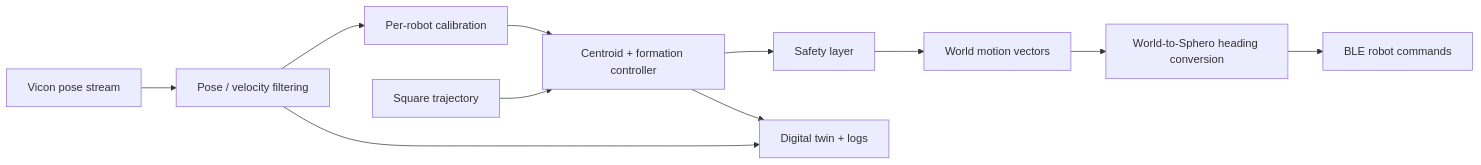
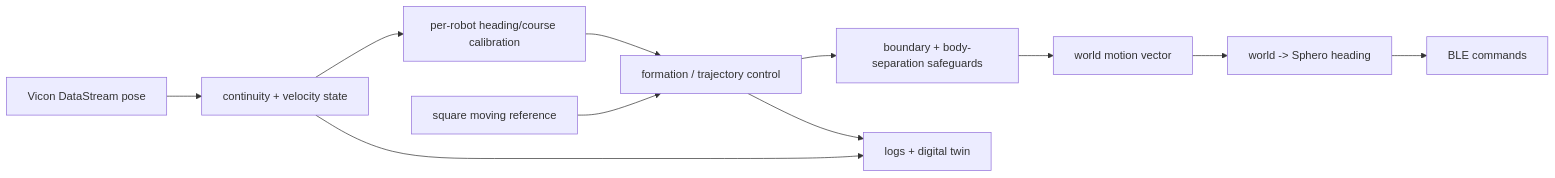
One commit to RV-crtl/sphero-vicon-swarm changed the second of 2 diagrams in README.md. Above: the diagram before and after it, drawn with Mermaid. The commit also changed other lines of this file, not shown here.

````diff
--- a/README.md
+++ b/README.md
@@ -242,13 +222,13 @@
-```mermaid
+~~~mermaid
 flowchart LR
-    V[Vicon pose stream] --> F[Pose / velocity filtering]
-    F --> C[Per-robot calibration]
-    P[Square trajectory] --> G[Centroid + formation controller]
+    V["Vicon DataStream pose"] --> F["continuity + velocity state"]
+    F --> C["per-robot heading/course calibration"]
+    P["square moving reference"] --> G["formation / trajectory control"]
     C --> G
-    G --> S[Safety layer]
-    S --> M[World motion vectors]
-    M --> H[World-to-Sphero heading conversion]
-    H --> B[BLE robot commands]
-    F --> D[Digital twin + logs]
+    G --> S["boundary + body-separation safeguards"]
+    S --> M["world motion vector"]
+    M --> H["world -> Sphero heading"]
+    H --> B["BLE commands"]
+    F --> D["logs + digital twin"]
     G --> D
-```
+~~~
````
